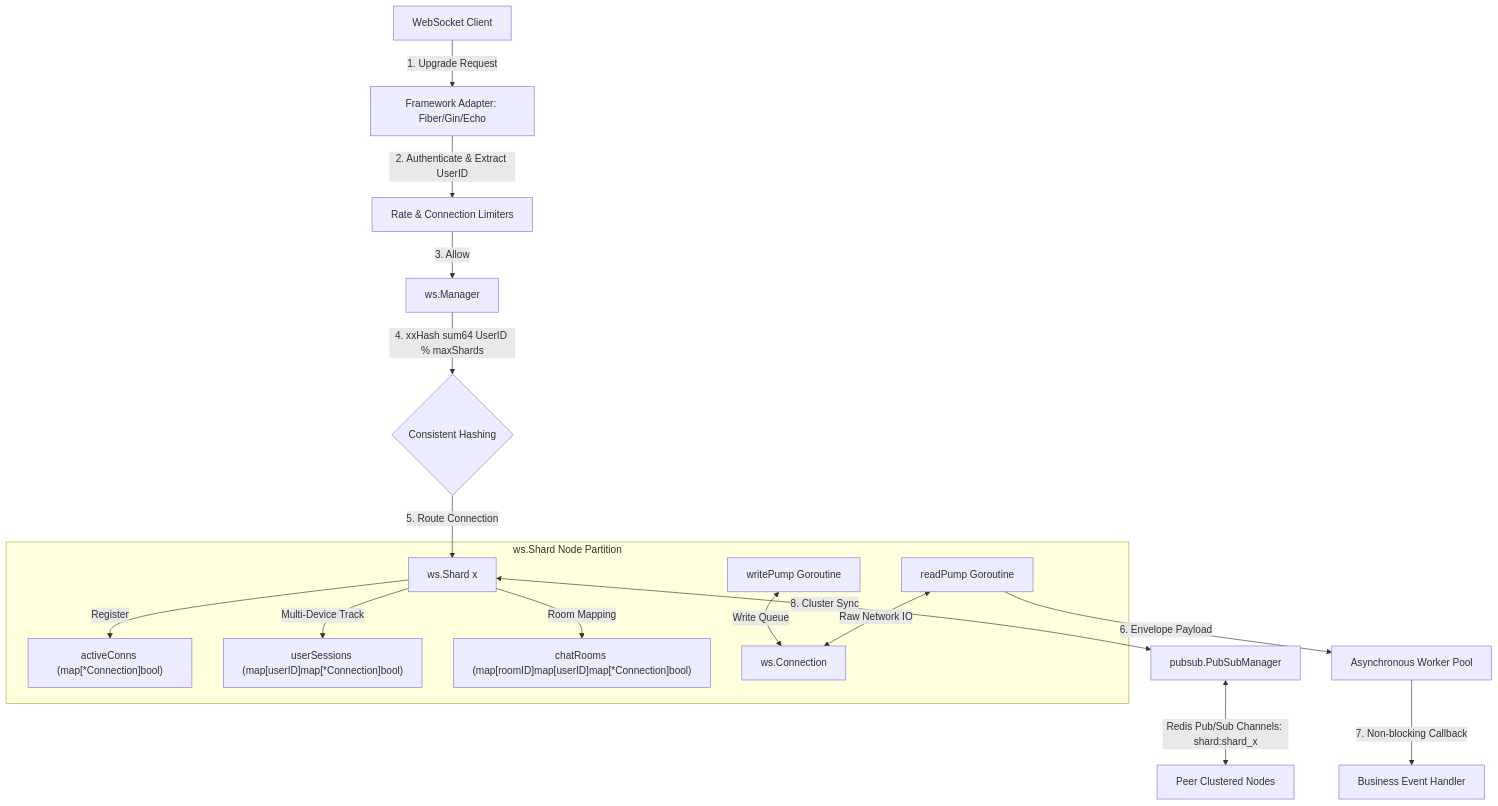
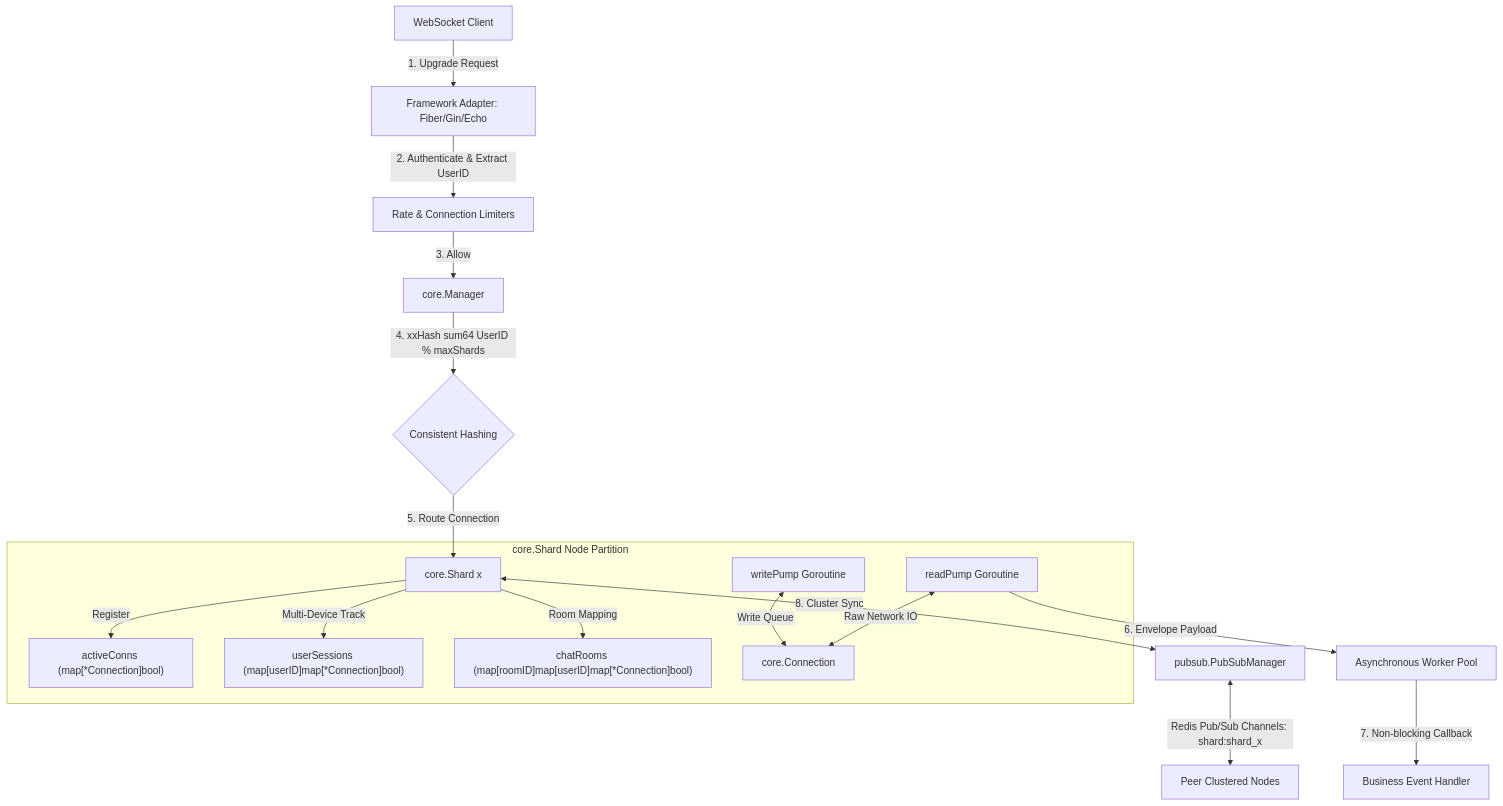
Before and after one commit to thanhbvha/go-common: the diagram in README.md, drawn with Mermaid. The commit also changed other lines of this file and 15 other files, not shown here.

````diff
--- a/README.md
+++ b/README.md
@@ -221,23 +221,23 @@
 ```mermaid
 graph TD
     Client[WebSocket Client] -->|1. Upgrade Request| Adapter[Framework Adapter: Fiber/Gin/Echo]
     Adapter -->|2. Authenticate & Extract UserID| Limiter[Rate & Connection Limiters]
-    Limiter -->|3. Allow| Manager[ws.Manager]
+    Limiter -->|3. Allow| Manager[core.Manager]
     Manager -->|4. xxHash sum64 UserID % maxShards| Router{Consistent Hashing}
-    Router -->|5. Route Connection| Shard[ws.Shard x]
+    Router -->|5. Route Connection| Shard[core.Shard x]
     
-    subgraph Shard Internals [ws.Shard Node Partition]
+    subgraph Shard Internals [core.Shard Node Partition]
         Shard -->|Register| activeConns["activeConns (map[*Connection]bool)"]
         Shard -->|Multi-Device Track| userSessions["userSessions (map[userID]map[*Connection]bool)"]
         Shard -->|Room Mapping| chatRooms["chatRooms (map[roomID]map[userID]map[*Connection]bool)"]
         
-        readPump[readPump Goroutine] <-->|Raw Network IO| conn[ws.Connection]
+        readPump[readPump Goroutine] <-->|Raw Network IO| conn[core.Connection]
         writePump[writePump Goroutine] <-->|Write Queue| conn
     end
 
     readPump -->|6. Envelope Payload| WorkerPool[Asynchronous Worker Pool]
     WorkerPool -->|7. Non-blocking Callback| Handler[Business Event Handler]
     
     Shard <-->|8. Cluster Sync| PubSub[pubsub.PubSubManager]
     PubSub <-->|Redis Pub/Sub Channels: shard:shard_x| PeerNodes[Peer Clustered Nodes]
 ```
````
